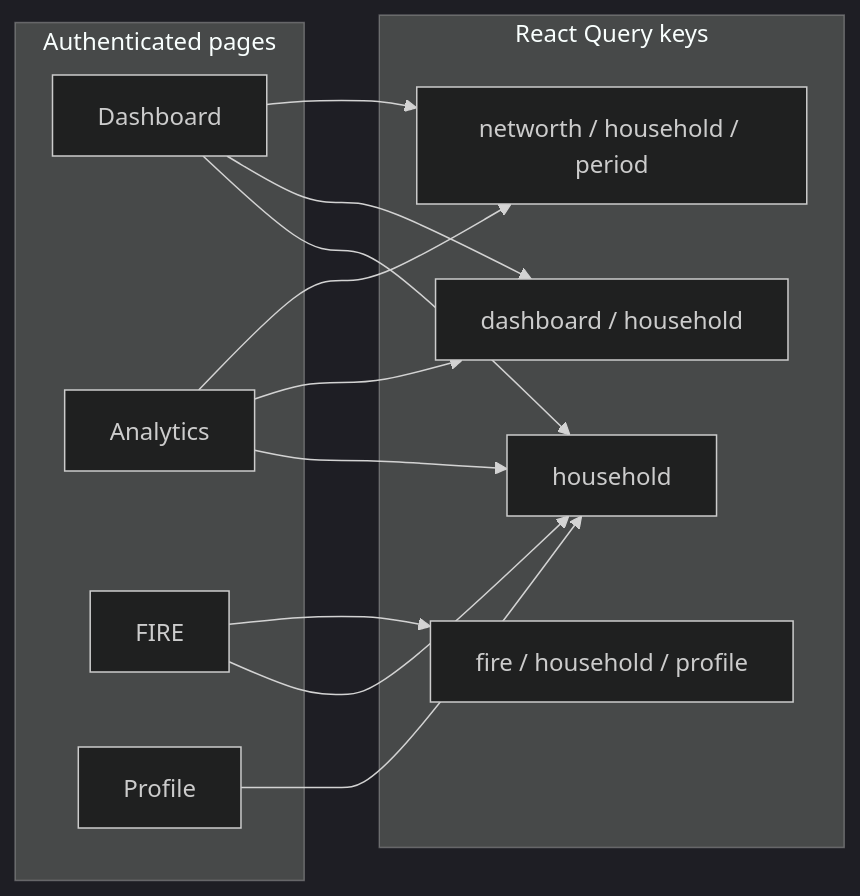
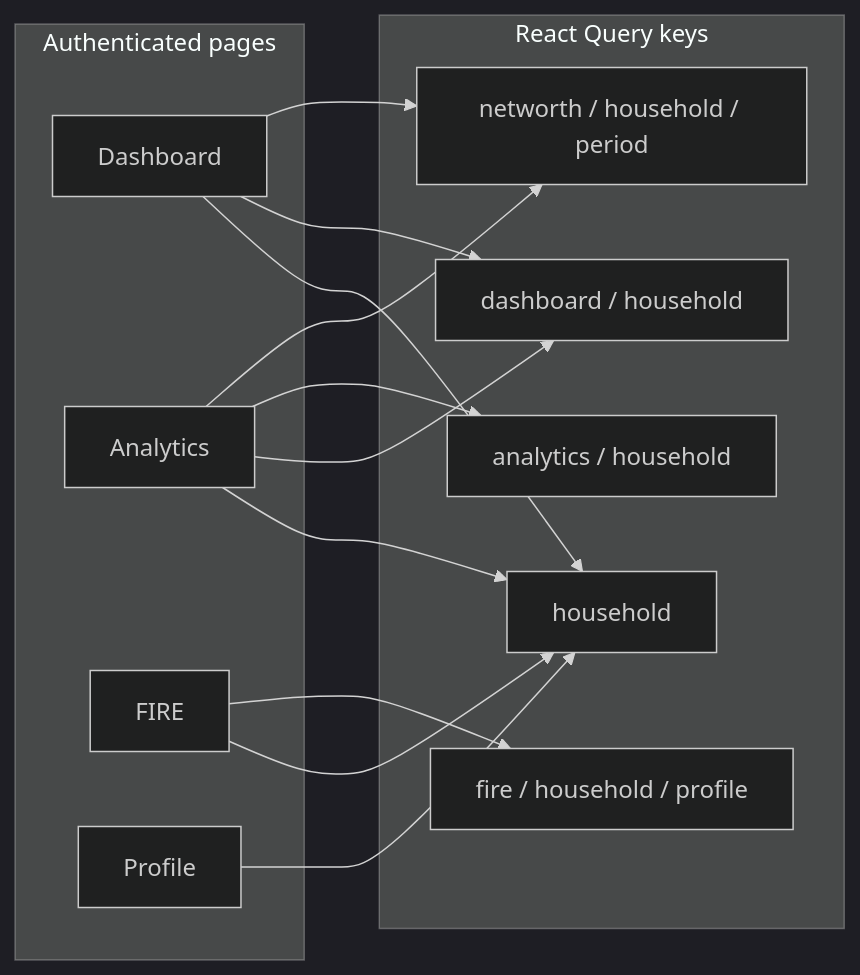
Before and after one commit to calebn17/VaultTracker_FullStack: the diagram in Documentation/VaultTracker System Design.md, drawn with Mermaid (dark theme). The commit also changed other lines of this file and 22 other files, not shown here.

First line of the commit message:
Implement household analytics and enhance caching in VaultTrackerAPI

````diff
--- a/Documentation/VaultTracker System Design.md
+++ b/Documentation/VaultTracker System Design.md
@@ -909,24 +912,26 @@
 ```mermaid
 flowchart LR
   subgraph ui [Authenticated pages]
     D[Dashboard]
     A[Analytics]
     F[FIRE]
     P[Profile]
   end
   subgraph rq [React Query keys]
     H["household"]
     DH["dashboard / household"]
+    AH["analytics / household"]
     NW["networth / household / period"]
     FH["fire / household / profile"]
   end
   D --> H
   D --> DH
   D --> NW
   A --> H
   A --> DH
+  A --> AH
   A --> NW
   F --> H
   F --> FH
   P --> H
 ```
````
